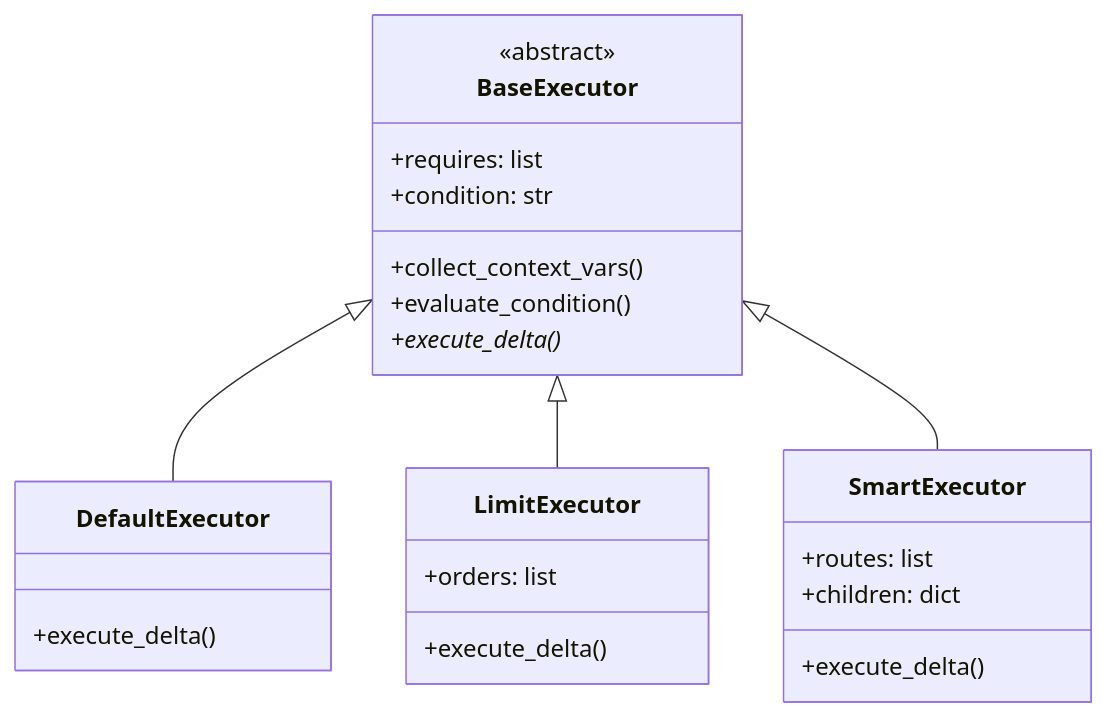
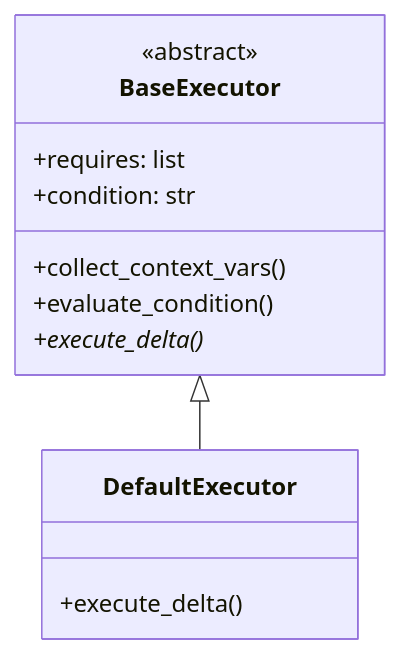
The second of 3 diagrams in docs/architecture.md (invoker-bot/HFT-Python), drawn with Mermaid before and after one commit. The commit also changed other lines of this file and 43 other files, not shown here.

````diff
--- a/docs/architecture.md
+++ b/docs/architecture.md
@@ -175,30 +179,17 @@
 ```mermaid
 classDiagram
     class BaseExecutor {
         <<abstract>>
         +requires: list
         +condition: str
         +collect_context_vars()
         +evaluate_condition()
         +execute_delta()*
     }
 
     class DefaultExecutor {
         +execute_delta()
     }
 
-    class LimitExecutor {
-        +orders: list
-        +execute_delta()
-    }
-
-    class SmartExecutor {
-        +routes: list
-        +children: dict
-        +execute_delta()
-    }
-
     BaseExecutor <|-- DefaultExecutor
-    BaseExecutor <|-- LimitExecutor
-    BaseExecutor <|-- SmartExecutor
 ```
````
